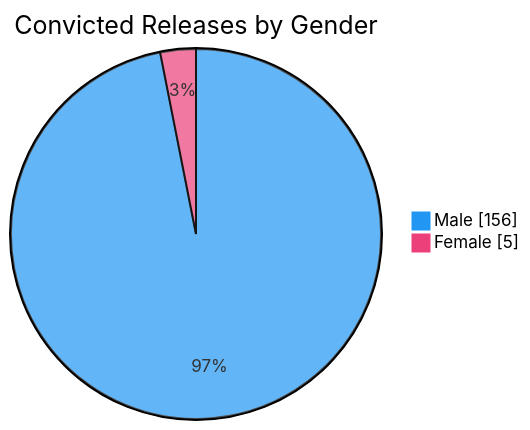
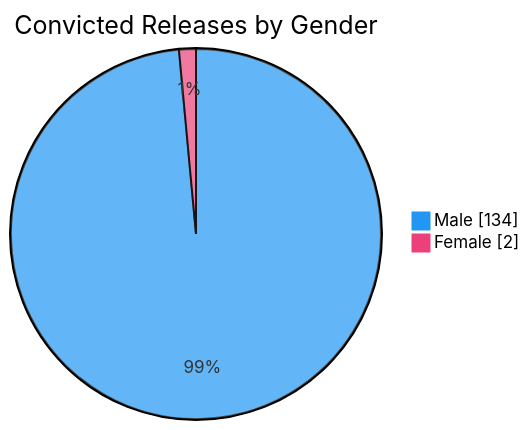
Before and after one commit to nuuuwan/lk_prisons: the sixth of 7 diagrams in README.md, drawn with Mermaid. The commit also changed other lines of this file and 1 other file, not shown here.

````diff
--- a/README.md
+++ b/README.md
@@ -98,6 +98,6 @@
 ```mermaid
 %%{init: {'themeVariables': {'pie1': '#2196F3', 'pie2': '#EC407A'}}}%%
 pie showData title Convicted Releases by Gender
-    "Male" : 156
-    "Female" : 5
+    "Male" : 134
+    "Female" : 2
 ```
````
